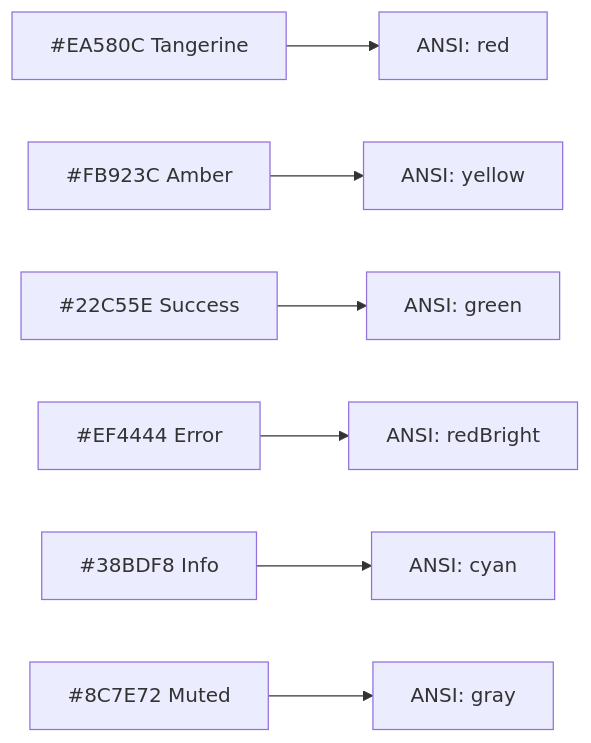
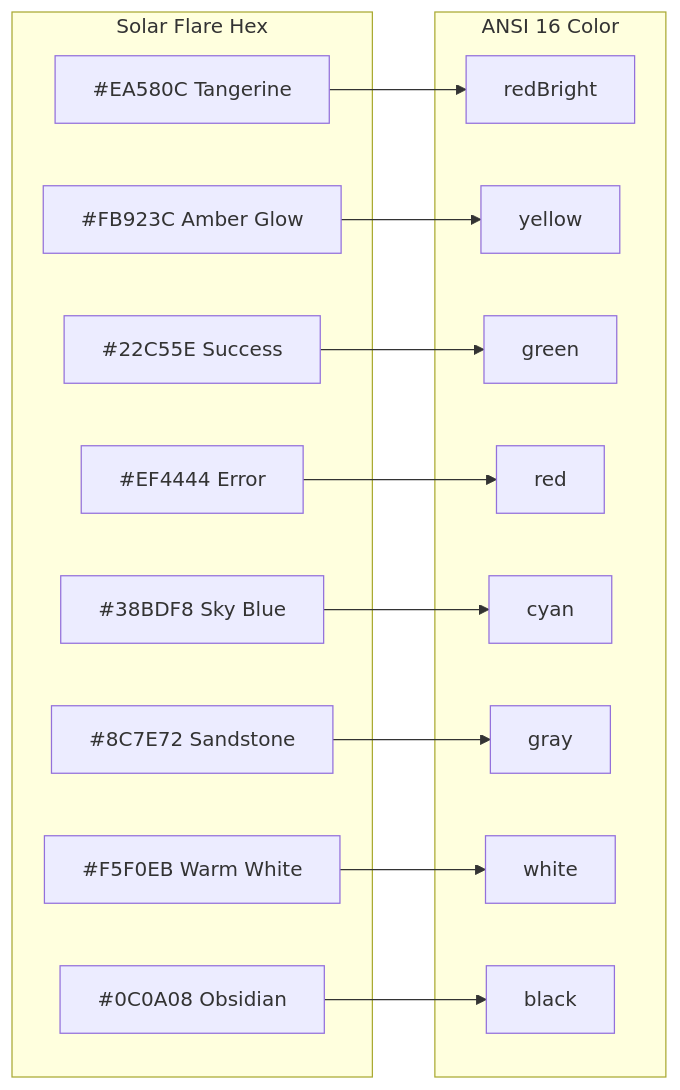
Before and after one commit to gh-curious-otter/bc: the third of 4 diagrams in docs/architecture/design-system.md, drawn with Mermaid. The commit also changed other lines of this file, not shown here.

````diff
--- a/docs/architecture/design-system.md
+++ b/docs/architecture/design-system.md
@@ -164,9 +448,33 @@
 ```mermaid
-graph LR
-    T["#EA580C Tangerine"] --> A1["ANSI: red"]
-    A["#FB923C Amber"] --> A2["ANSI: yellow"]
-    S["#22C55E Success"] --> A3["ANSI: green"]
-    E["#EF4444 Error"] --> A4["ANSI: redBright"]
-    I["#38BDF8 Info"] --> A5["ANSI: cyan"]
-    M["#8C7E72 Muted"] --> A6["ANSI: gray"]
+flowchart LR
+    subgraph "Solar Flare Hex"
+        H1["#EA580C Tangerine"]
+        H2["#FB923C Amber Glow"]
+        H3["#22C55E Success"]
+        H4["#EF4444 Error"]
+        H5["#38BDF8 Sky Blue"]
+        H6["#8C7E72 Sandstone"]
+        H7["#F5F0EB Warm White"]
+        H8["#0C0A08 Obsidian"]
+    end
+
+    subgraph "ANSI 16 Color"
+        A1["redBright"]
+        A2["yellow"]
+        A3["green"]
+        A4["red"]
+        A5["cyan"]
+        A6["gray"]
+        A7["white"]
+        A8["black"]
+    end
+
+    H1 --> A1
+    H2 --> A2
+    H3 --> A3
+    H4 --> A4
+    H5 --> A5
+    H6 --> A6
+    H7 --> A7
+    H8 --> A8
 ```
````
